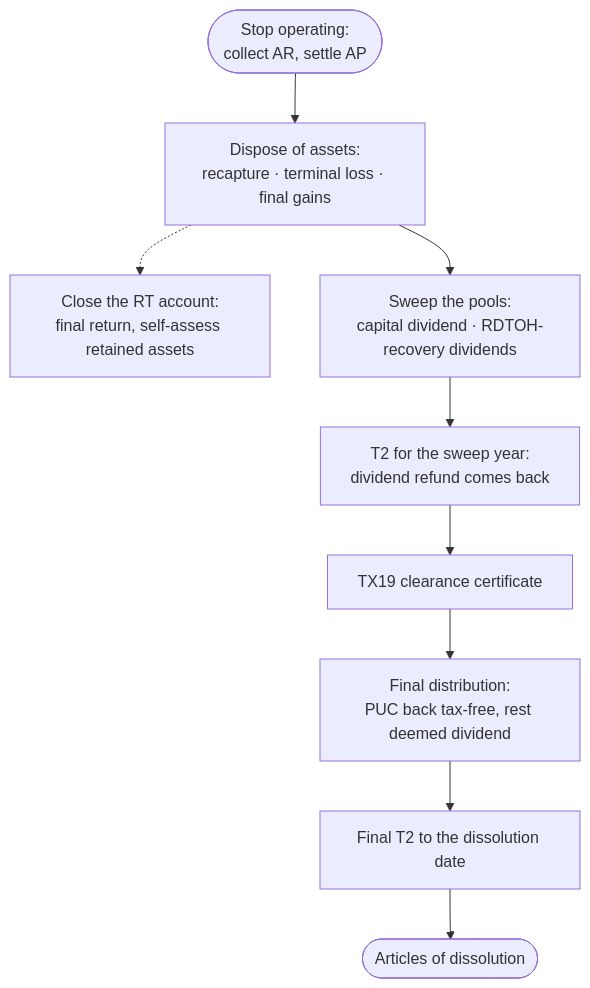
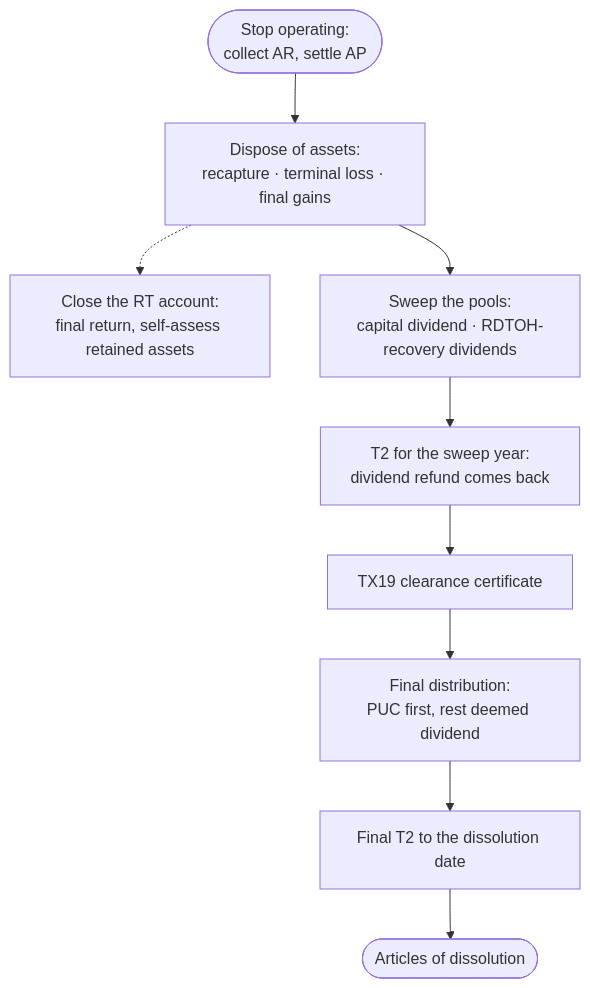
Before and after one commit to alexoooo/canadian-corp-info: the diagram in guide/Corporate-Lifecycle/Winding-Down.md, drawn with Mermaid. The commit also changed other lines of this file and 74 other files, not shown here.

````diff
--- a/guide/Corporate-Lifecycle/Winding-Down.md
+++ b/guide/Corporate-Lifecycle/Winding-Down.md
@@ -31,15 +31,15 @@
 ```mermaid
 flowchart TB
     STOP(["Stop operating:<br/>collect AR, settle AP"])
     ASSETS["Dispose of assets:<br/>recapture · terminal loss · final gains"]
     HST["Close the RT account:<br/>final return, self-assess retained assets"]
     SWEEP["Sweep the pools:<br/>capital dividend · RDTOH-recovery dividends"]
     T2A["T2 for the sweep year:<br/>dividend refund comes back"]
-    DIST["Final distribution:<br/>PUC back tax-free, rest deemed dividend"]
+    DIST["Final distribution:<br/>PUC first, rest deemed dividend"]
     T2B["Final T2 to the dissolution date"]
     CLR["TX19 clearance certificate"]
     DISS(["Articles of dissolution"])
 
     STOP --> ASSETS --> SWEEP --> T2A --> CLR --> DIST --> T2B --> DISS
     ASSETS -.-> HST
 ```
````
